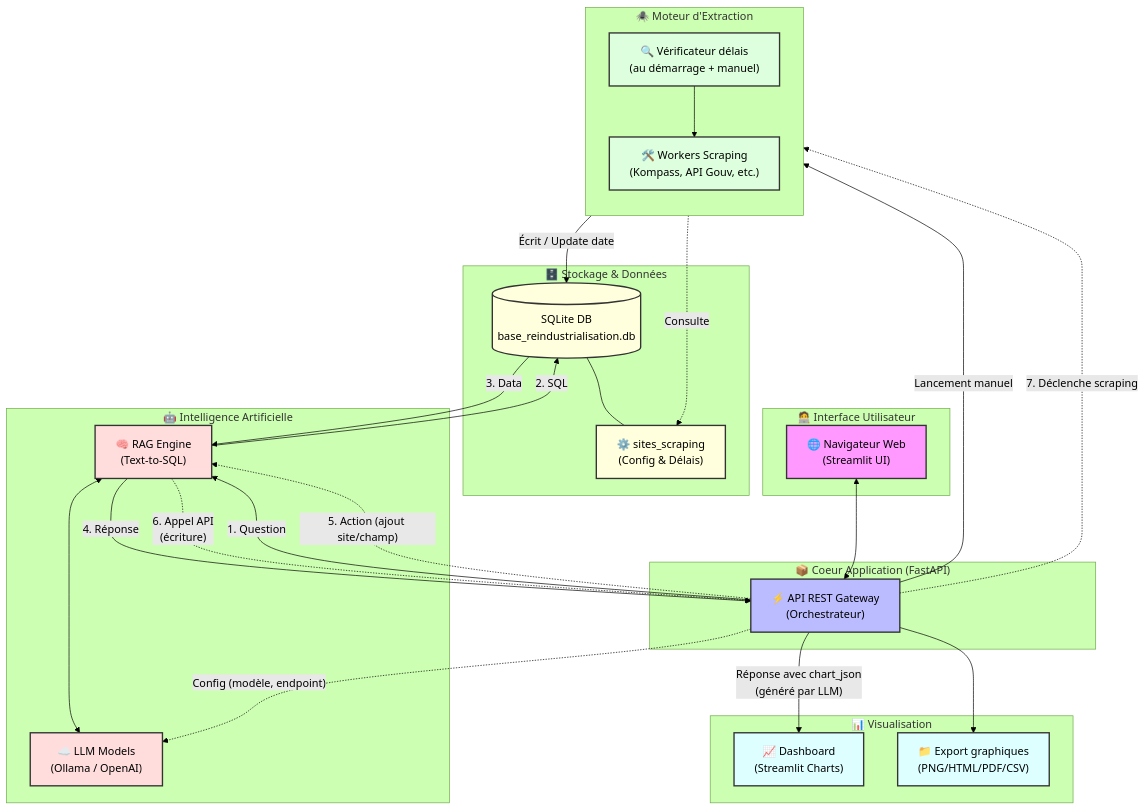
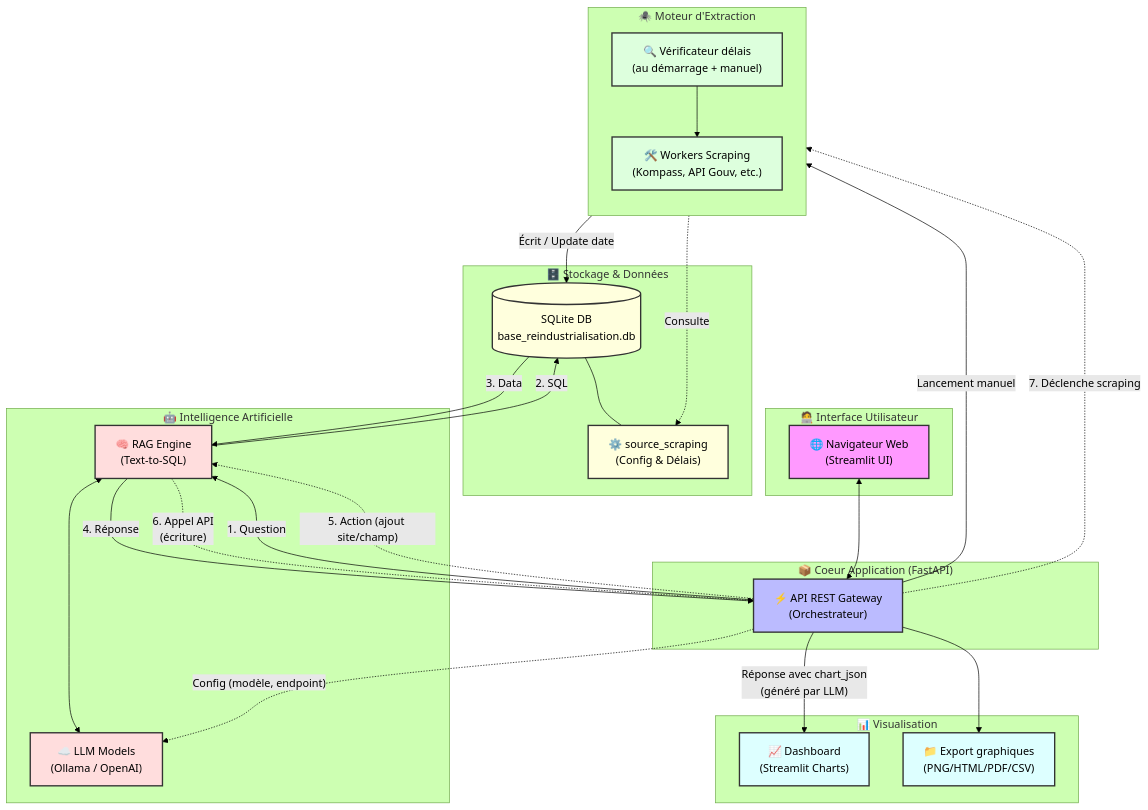
The first of 6 diagrams in Architecture.md (Louison-code/Projet-G1-G2), drawn with Mermaid (forest theme) before and after one commit. The commit also changed other lines of this file and 21 other files, not shown here.

````diff
--- a/Architecture.md
+++ b/Architecture.md
@@ -55,75 +55,75 @@
 ```mermaid
 graph TB
     %% Style Definitions
     classDef client fill:#f9f,stroke:#333,stroke-width:2px;
     classDef app fill:#bbf,stroke:#333,stroke-width:2px;
     classDef scraping fill:#dfd,stroke:#333,stroke-width:2px;
     classDef storage fill:#ffd,stroke:#333,stroke-width:2px;
     classDef ai fill:#fdd,stroke:#333,stroke-width:2px;
     classDef viz fill:#dff,stroke:#333,stroke-width:2px;
 
     subgraph Client["🧑‍💻 Interface Utilisateur"]
         Browser["🌐 Navigateur Web<br/>(Streamlit UI)"]
     end
 
     subgraph App["📦 Coeur Application (FastAPI)"]
         FastAPI["⚡ API REST Gateway<br/>(Orchestrateur)"]
     end
 
     subgraph Scraping["🕷️ Moteur d'Extraction"]
         direction TB
         Verif["🔍 Vérificateur délais<br/>(au démarrage + manuel)"]
         Workers["🛠️ Workers Scraping<br/>(Kompass, API Gouv, etc.)"]
         Verif --> Workers
     end
 
     subgraph Storage["🗄️ Stockage & Données"]
         DB[(SQLite DB<br/>base_reindustrialisation.db)]
-        SitesConfig["⚙️ sites_scraping<br/>(Config & Délais)"]
+        SitesConfig["⚙️ source_scraping<br/>(Config & Délais)"]
         DB --- SitesConfig
     end
 
     subgraph LLM["🤖 Intelligence Artificielle"]
         RAG["🧠 RAG Engine<br/>(Text-to-SQL)"]
         Models["☁️ LLM Models<br/>(Ollama / OpenAI)"]
         RAG <--> Models
     end
 
     subgraph Viz["📊 Visualisation"]
         Charts["📈 Dashboard<br/>(Streamlit Charts)"]
         Export["📁 Export graphiques<br/>(PNG/HTML/PDF/CSV)"]
     end
 
     %% Connections
     Browser <--> FastAPI
     
     %% Flux Scraping
     FastAPI -->|"Lancement manuel"| Verif
     Verif -.->|"Consulte"| SitesConfig
     Workers -->|"Écrit / Update date"| DB
     
     %% Flux RAG / Chat / Viz
     FastAPI -->|"1. Question"| RAG
     RAG -->|"2. SQL"| DB
     DB -->|"3. Data"| RAG
     RAG -->|"4. Réponse"| FastAPI
     
     %% Flux Config LLM (direct API → Models)
     FastAPI -.->|"Config (modèle, endpoint)"| Models
     
     %% Flux Action (écriture via chatbot)
     FastAPI -.->|"5. Action (ajout site/champ)"| RAG
     RAG -.->|"6. Appel API<br/>(écriture)"| FastAPI
     FastAPI -.->|"7. Déclenche scraping"| Verif
     
     FastAPI -->|"Réponse avec chart_json<br/>(généré par LLM)"| Charts
     FastAPI --> Export
 
     %% Assign Classes
     class Browser client;
     class FastAPI app;
     class Verif,Workers scraping;
     class DB,SitesConfig storage;
     class RAG,Models ai;
     class Charts,Export viz;
 ```
````
